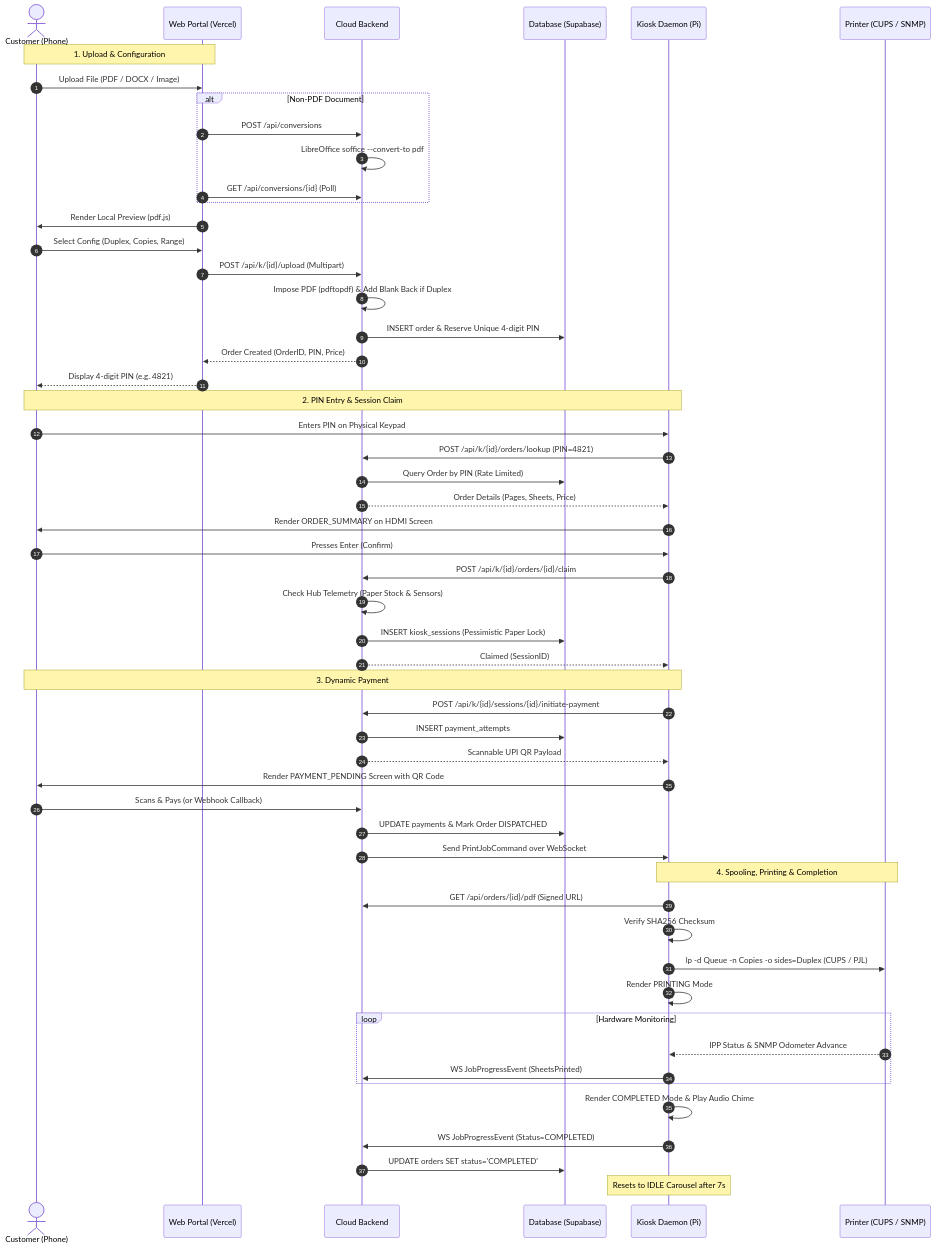
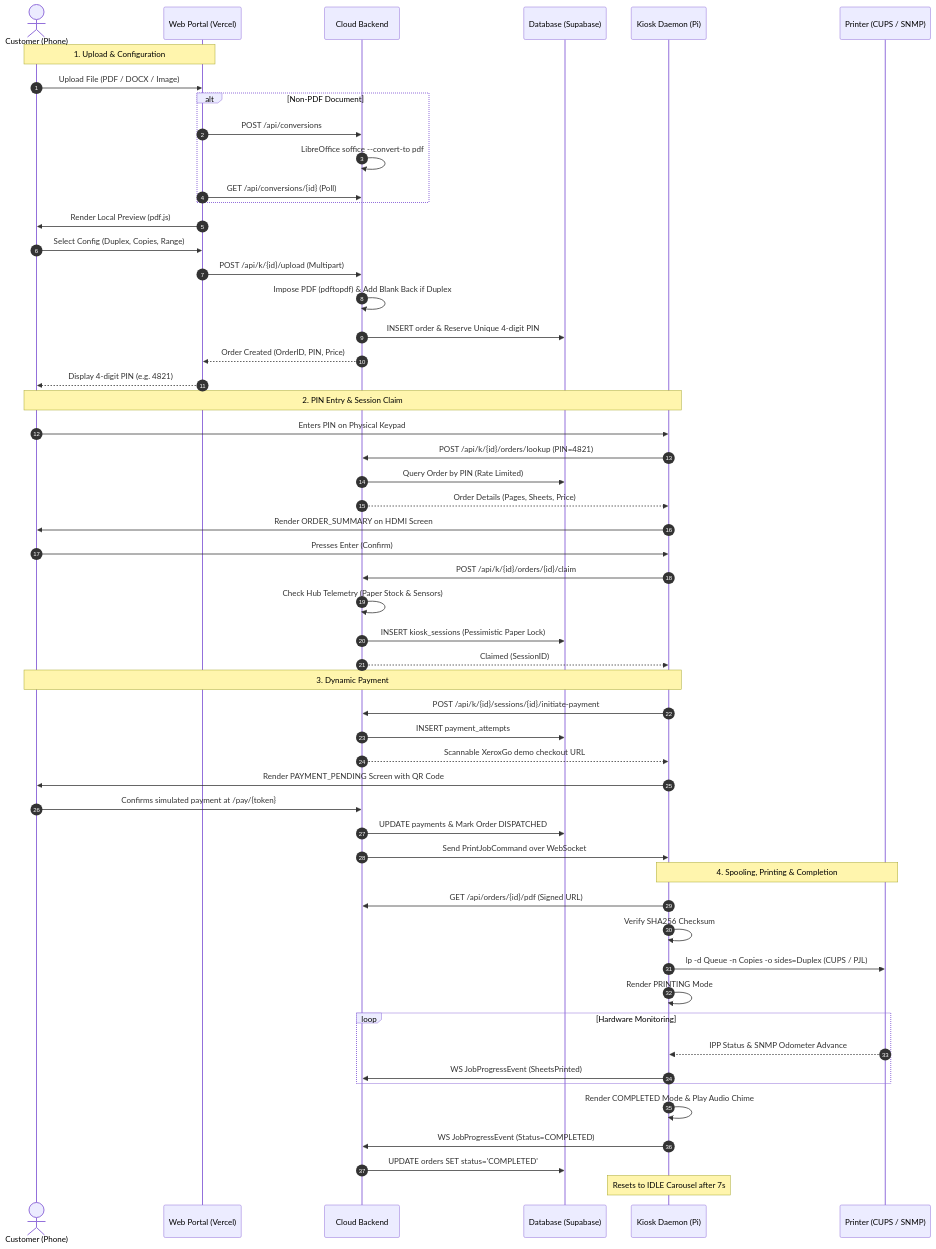
The second of 6 diagrams in docs/architecture/overview.md (Shaabas/XeroxGo), drawn with Mermaid before and after one commit. The commit also changed other lines of this file and 2 other files, not shown here.

Commit message:
docs(payment): describe one demo checkout and simulated refund lifecycle

````diff
--- a/docs/architecture/overview.md
+++ b/docs/architecture/overview.md
@@ -68,60 +68,60 @@
 ```mermaid
 sequenceDiagram
     autonumber
     actor Customer as Customer (Phone)
     participant Portal as Web Portal (Vercel)
     participant Cloud as Cloud Backend
     participant DB as Database (Supabase)
     participant Kiosk as Kiosk Daemon (Pi)
     participant Hardware as Printer (CUPS / SNMP)
 
     Note over Customer,Portal: 1. Upload & Configuration
     Customer->>Portal: Upload File (PDF / DOCX / Image)
     alt Non-PDF Document
         Portal->>Cloud: POST /api/conversions
         Cloud->>Cloud: LibreOffice soffice --convert-to pdf
         Portal->>Cloud: GET /api/conversions/{id} (Poll)
     end
     Portal->>Customer: Render Local Preview (pdf.js)
     Customer->>Portal: Select Config (Duplex, Copies, Range)
     Portal->>Cloud: POST /api/k/{id}/upload (Multipart)
     Cloud->>Cloud: Impose PDF (pdftopdf) & Add Blank Back if Duplex
     Cloud->>DB: INSERT order & Reserve Unique 4-digit PIN
     Cloud-->>Portal: Order Created (OrderID, PIN, Price)
     Portal-->>Customer: Display 4-digit PIN (e.g. 4821)
 
     Note over Customer,Kiosk: 2. PIN Entry & Session Claim
     Customer->>Kiosk: Enters PIN on Physical Keypad
     Kiosk->>Cloud: POST /api/k/{id}/orders/lookup (PIN=4821)
     Cloud->>DB: Query Order by PIN (Rate Limited)
     Cloud-->>Kiosk: Order Details (Pages, Sheets, Price)
     Kiosk->>Customer: Render ORDER_SUMMARY on HDMI Screen
     Customer->>Kiosk: Presses Enter (Confirm)
     Kiosk->>Cloud: POST /api/k/{id}/orders/{id}/claim
     Cloud->>Cloud: Check Hub Telemetry (Paper Stock & Sensors)
     Cloud->>DB: INSERT kiosk_sessions (Pessimistic Paper Lock)
     Cloud-->>Kiosk: Claimed (SessionID)
 
     Note over Customer,Kiosk: 3. Dynamic Payment
     Kiosk->>Cloud: POST /api/k/{id}/sessions/{id}/initiate-payment
     Cloud->>DB: INSERT payment_attempts
-    Cloud-->>Kiosk: Scannable UPI QR Payload
+    Cloud-->>Kiosk: Scannable XeroxGo demo checkout URL
     Kiosk->>Customer: Render PAYMENT_PENDING Screen with QR Code
-    Customer->>Cloud: Scans & Pays (or Webhook Callback)
+    Customer->>Cloud: Confirms simulated payment at /pay/{token}
     Cloud->>DB: UPDATE payments & Mark Order DISPATCHED
     Cloud->>Kiosk: Send PrintJobCommand over WebSocket
 
     Note over Kiosk,Hardware: 4. Spooling, Printing & Completion
     Kiosk->>Cloud: GET /api/orders/{id}/pdf (Signed URL)
     Kiosk->>Kiosk: Verify SHA256 Checksum
     Kiosk->>Hardware: lp -d Queue -n Copies -o sides=Duplex (CUPS / PJL)
     Kiosk->>Kiosk: Render PRINTING Mode
     loop Hardware Monitoring
         Hardware-->>Kiosk: IPP Status & SNMP Odometer Advance
         Kiosk->>Cloud: WS JobProgressEvent (SheetsPrinted)
     end
     Kiosk->>Kiosk: Render COMPLETED Mode & Play Audio Chime
     Kiosk->>Cloud: WS JobProgressEvent (Status=COMPLETED)
     Cloud->>DB: UPDATE orders SET status='COMPLETED'
     Note over Kiosk: Resets to IDLE Carousel after 7s
 ```
````
